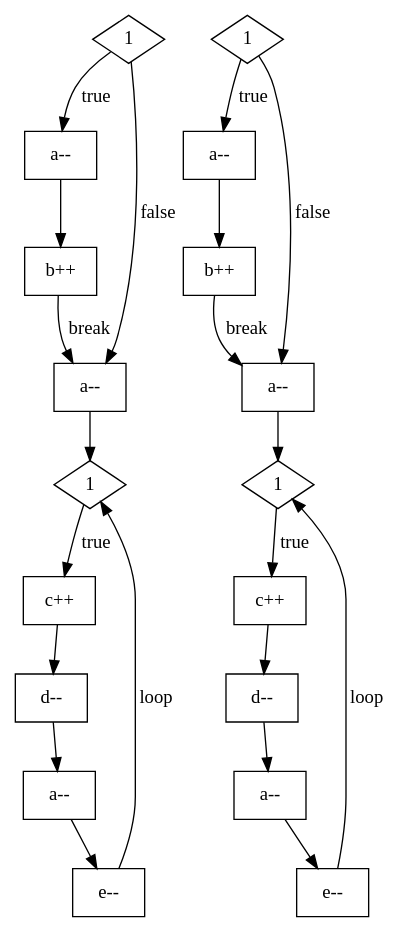
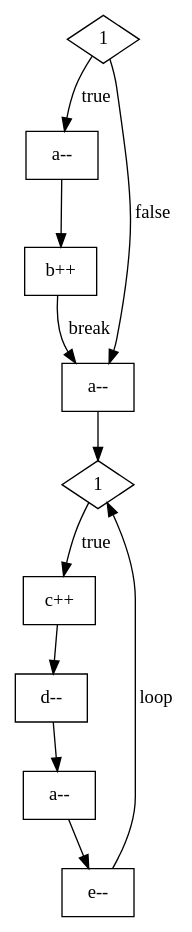
Before and after one commit to hongyuntw/SE_project: the diagram in out.gv, drawn with Graphviz. The commit also changed 4 other files, not shown here.

```diff
--- a/out.gv
+++ b/out.gv
@@ -1,40 +1,21 @@
 digraph G {
 	1.0 [label=1 shape=diamond]
 	1.1 [label="a--" shape=box]
 	1.2 [label="b++" shape=box]
 	1.3 [label="a--" shape=box]
 	1.4 [label=1 shape=diamond]
 	1.5 [label="c++" shape=box]
 	1.6 [label="d--" shape=box]
 	1.7 [label="a--" shape=box]
 	1.8 [label="e--" shape=box]
-	1.9 [label=1 shape=diamond]
-	1.10 [label="a--" shape=box]
-	1.11 [label="b++" shape=box]
-	1.12 [label="a--" shape=box]
-	1.13 [label=1 shape=diamond]
-	1.14 [label="c++" shape=box]
-	1.15 [label="d--" shape=box]
-	1.16 [label="a--" shape=box]
-	1.17 [label="e--" shape=box]
 	1.1 -> 1.2 [label=""]
 	1.0 -> 1.1 [label=true]
 	1.0 -> 1.3 [label=false]
 	1.2 -> 1.3 [label=break]
 	1.7 -> 1.8 [label=""]
 	1.6 -> 1.7 [label=""]
 	1.5 -> 1.6 [label=""]
 	1.4 -> 1.5 [label=true]
 	1.8 -> 1.4 [label=loop]
 	1.3 -> 1.4 [label=""]
-	1.10 -> 1.11 [label=""]
-	1.9 -> 1.10 [label=true]
-	1.9 -> 1.12 [label=false]
-	1.11 -> 1.12 [label=break]
-	1.16 -> 1.17 [label=""]
-	1.15 -> 1.16 [label=""]
-	1.14 -> 1.15 [label=""]
-	1.13 -> 1.14 [label=true]
-	1.17 -> 1.13 [label=loop]
-	1.12 -> 1.13 [label=""]
 }
```
